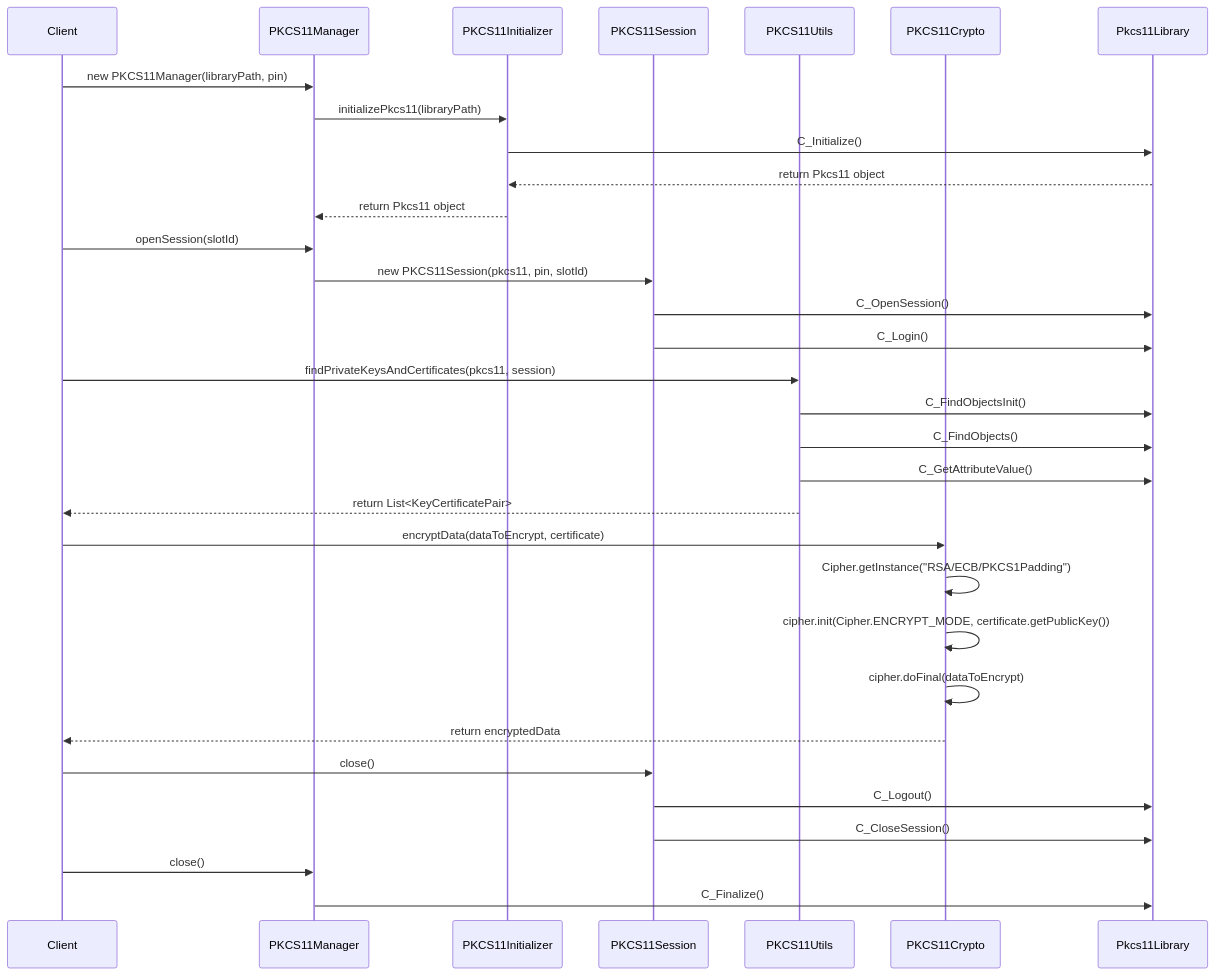
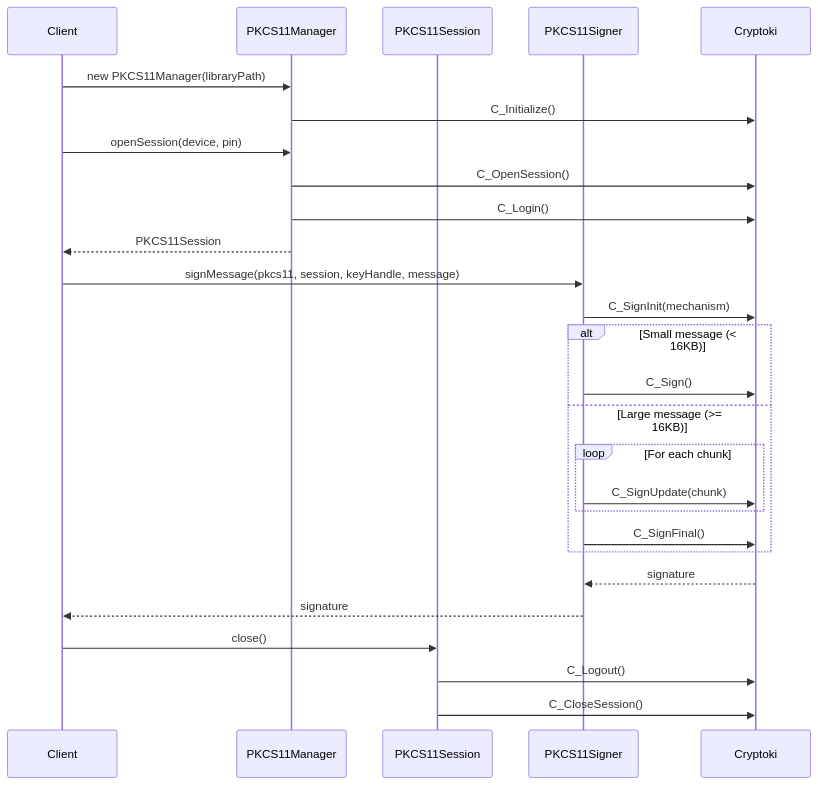
Before and after one commit to SimpleMethod/PKCS11-Java-Wrapper: the second of 3 diagrams in README.md, drawn with Mermaid. The commit also changed other lines of this file and 1 other file, not shown here.

````diff
--- a/README.md
+++ b/README.md
@@ -460,40 +671,33 @@
 ```mermaid
 sequenceDiagram
     participant Client
     participant PKCS11Manager
-    participant PKCS11Initializer
     participant PKCS11Session
-    participant PKCS11Utils
-    participant PKCS11Crypto
-    participant Pkcs11Library
+    participant PKCS11Signer
+    participant Cryptoki
 
-    Client->>PKCS11Manager: new PKCS11Manager(libraryPath, pin)
-    PKCS11Manager->>PKCS11Initializer: initializePkcs11(libraryPath)
-    PKCS11Initializer->>Pkcs11Library: C_Initialize()
-    Pkcs11Library-->>PKCS11Initializer: return Pkcs11 object
-    PKCS11Initializer-->>PKCS11Manager: return Pkcs11 object
-    
-    Client->>PKCS11Manager: openSession(slotId)
-    PKCS11Manager->>PKCS11Session: new PKCS11Session(pkcs11, pin, slotId)
-    PKCS11Session->>Pkcs11Library: C_OpenSession()
-    PKCS11Session->>Pkcs11Library: C_Login()
-    
-    Client->>PKCS11Utils: findPrivateKeysAndCertificates(pkcs11, session)
-    PKCS11Utils->>Pkcs11Library: C_FindObjectsInit()
-    PKCS11Utils->>Pkcs11Library: C_FindObjects()
-    PKCS11Utils->>Pkcs11Library: C_GetAttributeValue()
-    PKCS11Utils-->>Client: return List<KeyCertificatePair>
-    
-    Client->>PKCS11Crypto: encryptData(dataToEncrypt, certificate)
-    PKCS11Crypto->>PKCS11Crypto: Cipher.getInstance("RSA/ECB/PKCS1Padding")
-    PKCS11Crypto->>PKCS11Crypto: cipher.init(Cipher.ENCRYPT_MODE, certificate.getPublicKey())
-    PKCS11Crypto->>PKCS11Crypto: cipher.doFinal(dataToEncrypt)
-    PKCS11Crypto-->>Client: return encryptedData
+    Client->>PKCS11Manager: new PKCS11Manager(libraryPath)
+    PKCS11Manager->>Cryptoki: C_Initialize()
+
+    Client->>PKCS11Manager: openSession(device, pin)
+    PKCS11Manager->>Cryptoki: C_OpenSession()
+    PKCS11Manager->>Cryptoki: C_Login()
+    PKCS11Manager-->>Client: PKCS11Session
+
+    Client->>PKCS11Signer: signMessage(pkcs11, session, keyHandle, message)
+    PKCS11Signer->>Cryptoki: C_SignInit(mechanism)
+    alt Small message (< 16KB)
+        PKCS11Signer->>Cryptoki: C_Sign()
+    else Large message (>= 16KB)
+        loop For each chunk
+            PKCS11Signer->>Cryptoki: C_SignUpdate(chunk)
+        end
+        PKCS11Signer->>Cryptoki: C_SignFinal()
+    end
+    Cryptoki-->>PKCS11Signer: signature
+    PKCS11Signer-->>Client: signature
 
     Client->>PKCS11Session: close()
-    PKCS11Session->>Pkcs11Library: C_Logout()
-    PKCS11Session->>Pkcs11Library: C_CloseSession()
-    
-    Client->>PKCS11Manager: close()
-    PKCS11Manager->>Pkcs11Library: C_Finalize()
+    PKCS11Session->>Cryptoki: C_Logout()
+    PKCS11Session->>Cryptoki: C_CloseSession()
 ```
````
